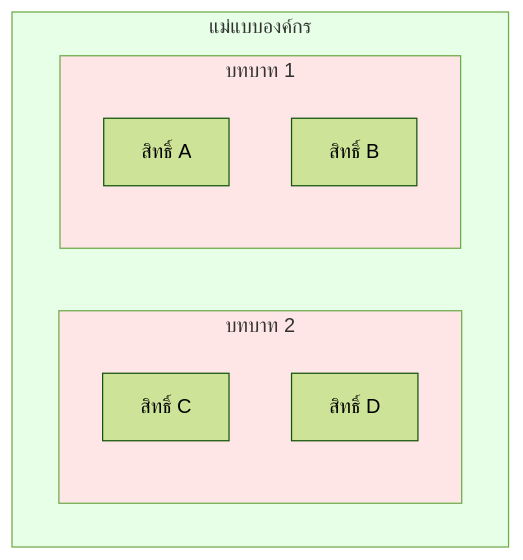
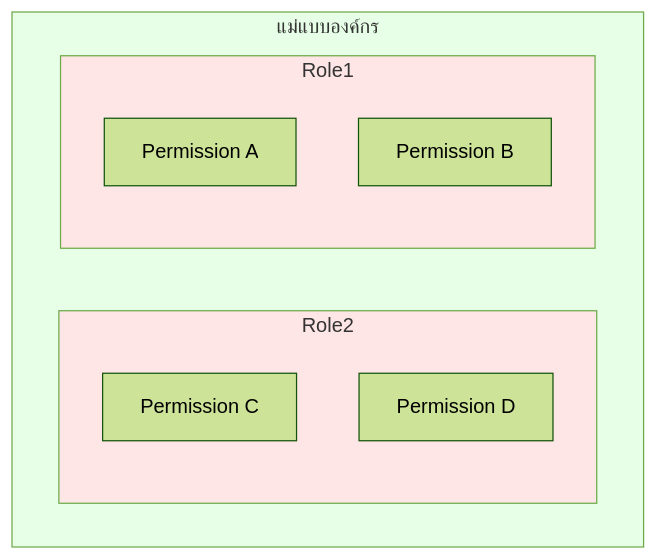
One commit to logto-io/docs changed the fourth of 7 diagrams in i18n/th/docusaurus-plugin-content-docs/current/use-cases/multi-tenancy/build-multi-tenant-saas-application.mdx. Above: the diagram before and after it, drawn with Mermaid (forest theme). The commit also changed other lines of this file and 666 other files, not shown here.

````diff
--- a/i18n/th/docusaurus-plugin-content-docs/current/use-cases/multi-tenancy/build-multi-tenant-saas-application.mdx
+++ b/i18n/th/docusaurus-plugin-content-docs/current/use-cases/multi-tenancy/build-multi-tenant-saas-application.mdx
@@ -260,18 +260,18 @@
 ```mermaid
 graph TD
     subgraph organization_template[แม่แบบองค์กร]
-        subgraph role_2[บทบาท 2]
-            permission_c[สิทธิ์ C]
-            permission_d[สิทธิ์ D]
+        subgraph role_2[Role2]
+            permission_c[Permission C]
+            permission_d[Permission D]
         end
 
-        subgraph role_1[บทบาท 1]
-            permission_a[สิทธิ์ A]
-            permission_b[สิทธิ์ B]
+        subgraph role_1[Role1]
+            permission_a[Permission A]
+            permission_b[Permission B]
         end
     end
 
     style organization_template fill:#e6ffe6
     style role_1 fill:#ffe6e6
     style role_2 fill:#ffe6e6
 ```
````
